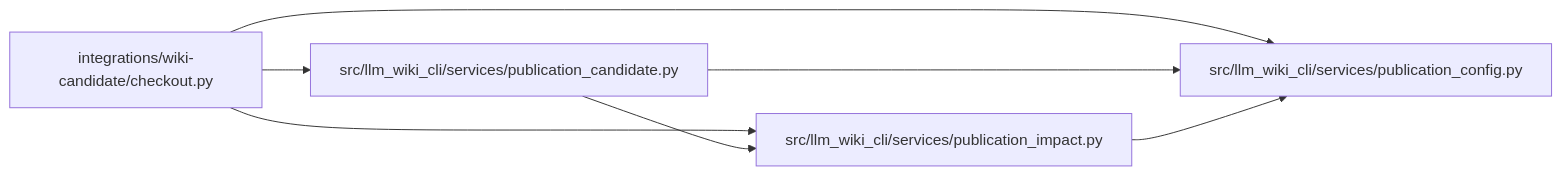
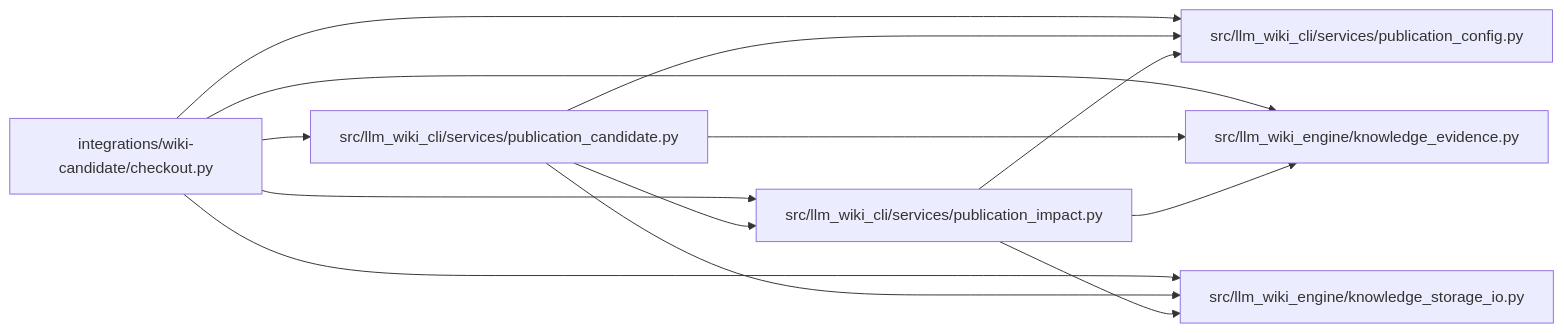
The diagram in docs/llm_wiki/modules/checkout.md (Denissvgn/python-wiki-llm), drawn with Mermaid before and after one commit. The commit also changed other lines of this file and 509 other files, not shown here.

First line of the commit message:
docs: refresh the wiki for the deprecated engine aliases

````diff
--- a/docs/llm_wiki/modules/checkout.md
+++ b/docs/llm_wiki/modules/checkout.md
@@ -29,17 +29,27 @@
 ```mermaid
 flowchart LR
     n0["integrations/wiki-candidate/checkout.py"]
     n1["src/llm_wiki_cli/services/publication_candidate.py"]
     n2["src/llm_wiki_cli/services/publication_config.py"]
     n3["src/llm_wiki_cli/services/publication_impact.py"]
+    n4["src/llm_wiki_engine/knowledge_evidence.py"]
+    n5["src/llm_wiki_engine/knowledge_storage_io.py"]
     n0 --> n1
     n0 --> n2
     n0 --> n3
+    n0 --> n4
+    n0 --> n5
     n1 --> n2
     n1 --> n3
+    n1 --> n4
+    n1 --> n5
     n3 --> n2
+    n3 --> n4
+    n3 --> n5
     click n0 "../modules/checkout.md"
     click n1 "../modules/publication_candidate.md"
     click n2 "../modules/publication_config.md"
     click n3 "../modules/publication_impact.md"
+    click n4 "../modules/knowledge_evidence.md"
+    click n5 "../modules/knowledge_storage_io.md"
 ```
````
